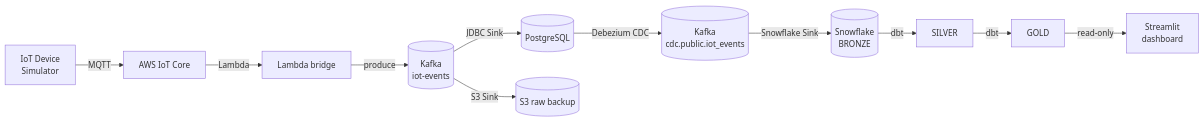
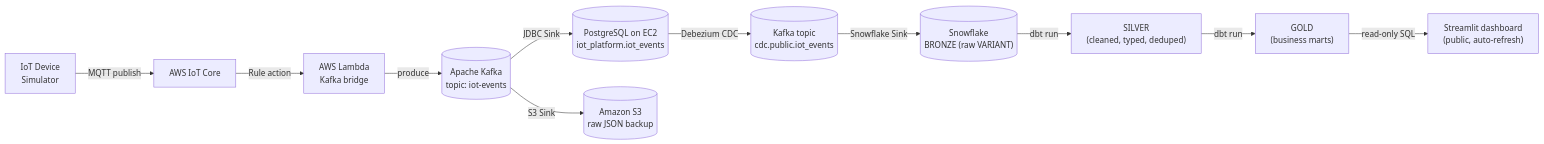
Before and after one commit to SYMOIZ/iot-data-migration-snowflake: the diagram in README.md, drawn with Mermaid. The commit also changed other lines of this file, not shown here.

Commit message:
docs: rewrite README with full detail (TOC, data flow, dashboard preview, stack, structure)

````diff
--- a/README.md
+++ b/README.md
@@ -22,13 +63,13 @@
 ```mermaid
 flowchart LR
-  SIM["IoT Device<br/>Simulator"] -->|MQTT| IOT["AWS IoT Core"]
-  IOT -->|Lambda| BR["Lambda bridge"]
-  BR -->|produce| K1[("Kafka<br/>iot-events")]
-  K1 -->|JDBC Sink| PG[("PostgreSQL")]
-  K1 -->|S3 Sink| S3[("S3 raw backup")]
-  PG -->|Debezium CDC| K2[("Kafka<br/>cdc.public.iot_events")]
-  K2 -->|Snowflake Sink| BRZ[("Snowflake<br/>BRONZE")]
-  BRZ -->|dbt| SLV["SILVER"]
-  SLV -->|dbt| GLD["GOLD"]
-  GLD -->|read-only| ST["Streamlit<br/>dashboard"]
+  SIM["IoT Device<br/>Simulator"] -->|MQTT publish| IOT["AWS IoT Core"]
+  IOT -->|Rule action| BR["AWS Lambda<br/>Kafka bridge"]
+  BR -->|produce| K1[("Apache Kafka<br/>topic: iot-events")]
+  K1 -->|JDBC Sink| PG[("PostgreSQL on EC2<br/>iot_platform.iot_events")]
+  K1 -->|S3 Sink| S3[("Amazon S3<br/>raw JSON backup")]
+  PG -->|Debezium CDC| K2[("Kafka topic<br/>cdc.public.iot_events")]
+  K2 -->|Snowflake Sink| BRZ[("Snowflake<br/>BRONZE (raw VARIANT)")]
+  BRZ -->|dbt run| SLV["SILVER<br/>(cleaned, typed, deduped)"]
+  SLV -->|dbt run| GLD["GOLD<br/>(business marts)"]
+  GLD -->|read-only SQL| ST["Streamlit dashboard<br/>(public, auto-refresh)"]
 ```
````
